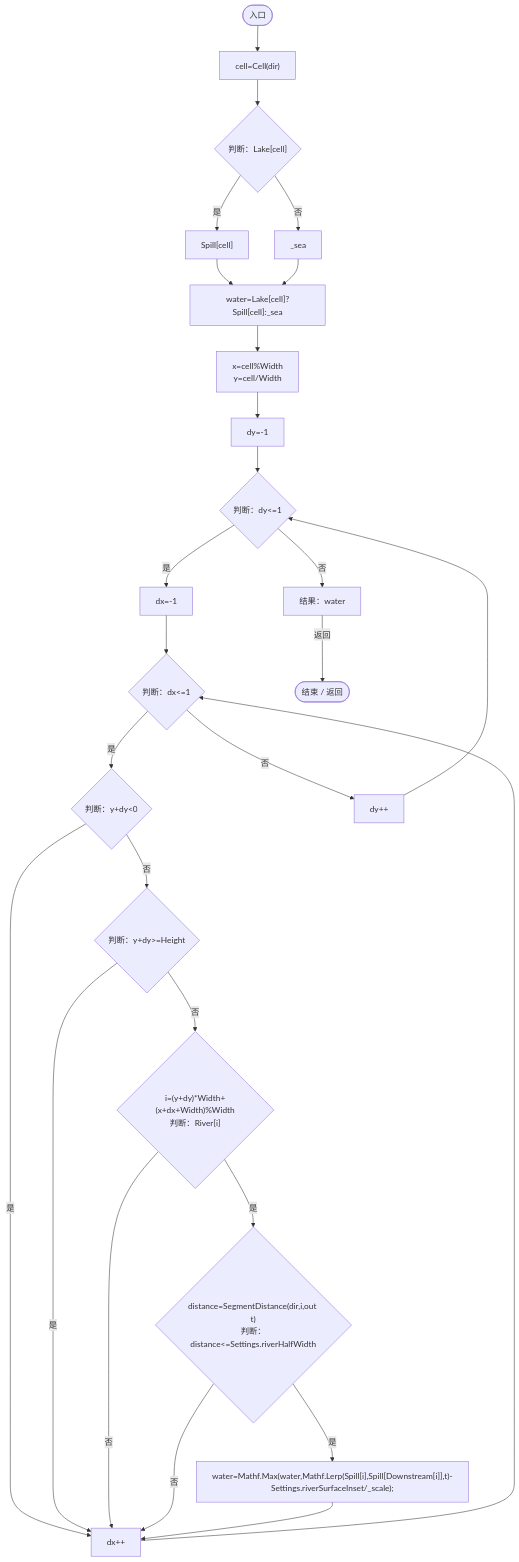
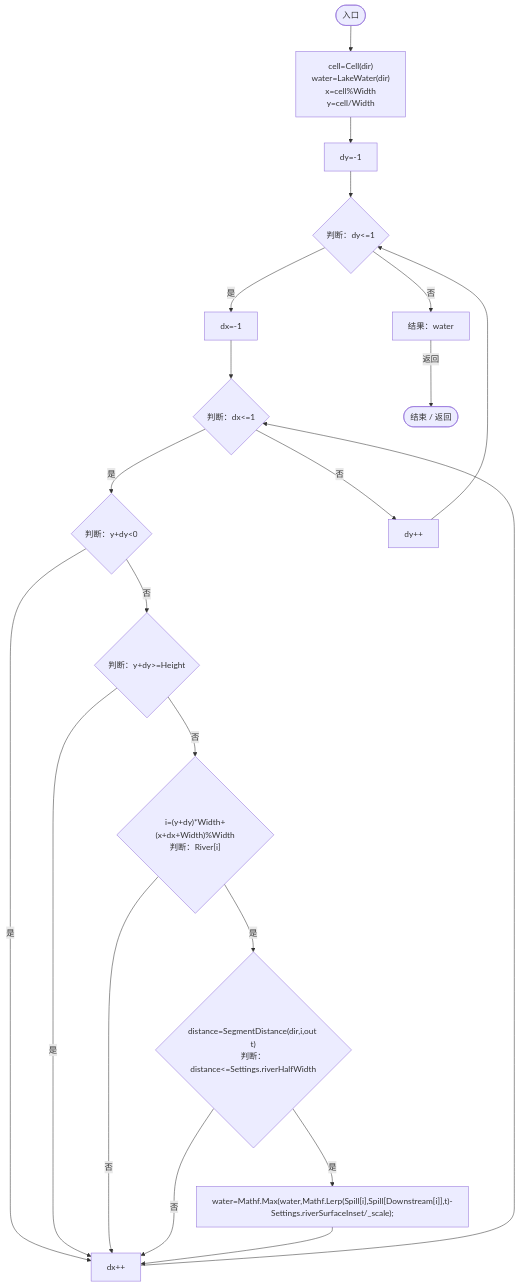
One commit to xhs6666/Darwin_paradise changed the eighth of 15 diagrams in Docs/运行流程图/脚本/282937bf06cb5f2a.md. Above: the diagram before and after it, drawn with Mermaid. The commit also changed other lines of this file and 150 other files, not shown here.

````diff
--- a/Docs/运行流程图/脚本/282937bf06cb5f2a.md
+++ b/Docs/运行流程图/脚本/282937bf06cb5f2a.md
@@ -304,50 +360,39 @@
 ```mermaid
 flowchart TD
   b0(["入口"])
-  b1["cell=Cell(dir)"]
-  b2{"判断：Lake[cell]"}
-  b3["Spill[cell]"]
-  b4["_sea"]
-  b5["water=Lake[cell]?Spill[cell]:_sea"]
-  b6["x=cell%Width<br/>y=cell/Width"]
-  b7["dy=-1"]
-  b8{"判断：dy&lt;=1"}
-  b9["dx=-1"]
-  b10{"判断：dx&lt;=1"}
-  b11{"判断：y+dy&lt;0"}
-  b12{"判断：y+dy&gt;=Height"}
-  b13{"i=(y+dy)*Width+(x+dx+Width)%Width<br/>判断：River[i]"}
-  b14{"distance=SegmentDistance(dir,i,out t)<br/>判断：distance&lt;=Settings.riverHalfWidth"}
-  b15["water=Mathf.Max(water,Mathf.Lerp(Spill[i],Spill[Downstream[i]],t)-Settings.riverSurfaceInset/_scale);"]
-  b16["dx++"]
-  b17["dy++"]
-  b18["结果：water"]
-  b19(["结束 / 返回"])
+  b1["cell=Cell(dir)<br/>water=LakeWater(dir)<br/>x=cell%Width<br/>y=cell/Width"]
+  b2["dy=-1"]
+  b3{"判断：dy&lt;=1"}
+  b4["dx=-1"]
+  b5{"判断：dx&lt;=1"}
+  b6{"判断：y+dy&lt;0"}
+  b7{"判断：y+dy&gt;=Height"}
+  b8{"i=(y+dy)*Width+(x+dx+Width)%Width<br/>判断：River[i]"}
+  b9{"distance=SegmentDistance(dir,i,out t)<br/>判断：distance&lt;=Settings.riverHalfWidth"}
+  b10["water=Mathf.Max(water,Mathf.Lerp(Spill[i],Spill[Downstream[i]],t)-Settings.riverSurfaceInset/_scale);"]
+  b11["dx++"]
+  b12["dy++"]
+  b13["结果：water"]
+  b14(["结束 / 返回"])
   b0 --> b1
   b1 --> b2
-  b2 -->|"是"| b3
-  b2 -->|"否"| b4
-  b3 --> b5
+  b2 --> b3
+  b3 -->|"是"| b4
+  b3 -->|"否"| b13
   b4 --> b5
-  b5 --> b6
-  b6 --> b7
-  b7 --> b8
+  b5 -->|"是"| b6
+  b5 -->|"否"| b12
+  b6 -->|"否"| b7
+  b6 -->|"是"| b11
+  b7 -->|"是"| b11
+  b7 -->|"否"| b8
+  b8 -->|"否"| b11
   b8 -->|"是"| b9
-  b8 -->|"否"| b18
-  b9 --> b10
-  b10 -->|"是"| b11
-  b10 -->|"否"| b17
-  b11 -->|"否"| b12
-  b11 -->|"是"| b16
-  b12 -->|"是"| b16
-  b12 -->|"否"| b13
-  b13 -->|"否"| b16
-  b13 -->|"是"| b14
-  b14 -->|"是"| b15
-  b14 -->|"否"| b16
-  b15 --> b16
-  b16 --> b10
-  b17 --> b8
-  b18 -->|"返回"| b19
+  b9 -->|"是"| b10
+  b9 -->|"否"| b11
+  b10 --> b11
+  b11 --> b5
+  b12 --> b3
+  b13 -->|"返回"| b14
 
 ```
````
